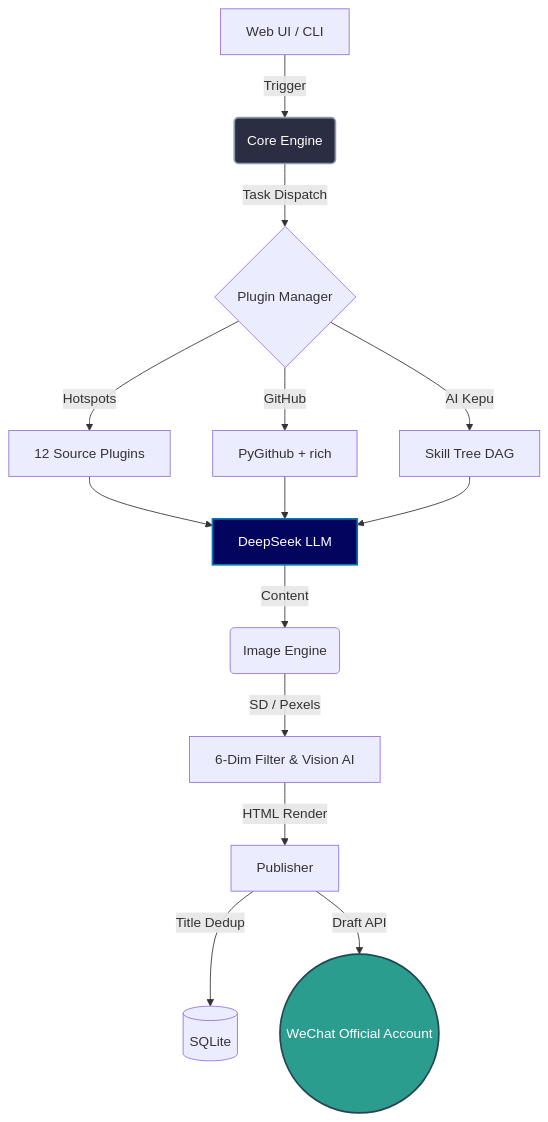
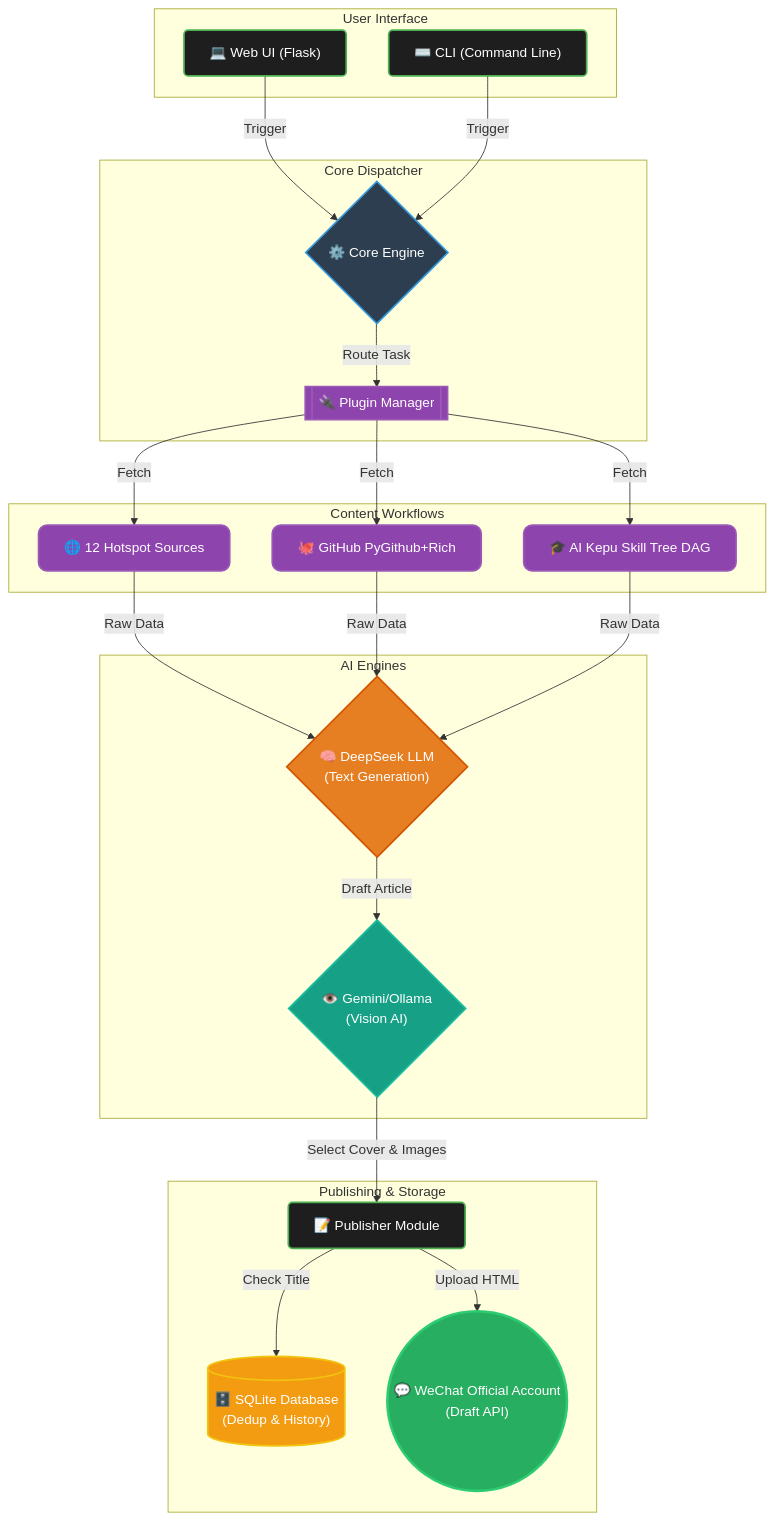
The first of 2 diagrams in README_EN.md (Chain813/wechat-automatic-publisher), drawn with Mermaid before and after one commit. The commit also changed other lines of this file and 1 other file, not shown here.

Commit message:
docs: enrich mermaid diagrams and add emojis to headings

````diff
--- a/README_EN.md
+++ b/README_EN.md
@@ -34,24 +34,53 @@
 ```mermaid
 graph TD
-    A[Web UI / CLI] -->|Trigger| B(Core Engine)
-    B -->|Task Dispatch| C{Plugin Manager}
+    classDef ui fill:#1E1E1E,stroke:#4CAF50,stroke-width:2px,color:#fff,rx:5px
+    classDef engine fill:#2C3E50,stroke:#3498DB,stroke-width:2px,color:#fff,rx:10px
+    classDef plugin fill:#8E44AD,stroke:#9B59B6,stroke-width:2px,color:#fff,rx:10px
+    classDef llm fill:#E67E22,stroke:#D35400,stroke-width:2px,color:#fff,rx:5px
+    classDef vision fill:#16A085,stroke:#1ABC9C,stroke-width:2px,color:#fff,rx:5px
+    classDef wechat fill:#27AE60,stroke:#2ECC71,stroke-width:3px,color:#fff,rx:15px
+    classDef db fill:#F39C12,stroke:#F1C40F,stroke-width:2px,color:#fff,rx:5px
+
+    subgraph User Interface
+        A1["💻 Web UI (Flask)"]:::ui
+        A2["⌨️ CLI (Command Line)"]:::ui
+    end
+
+    subgraph Core Dispatcher
+        B{"⚙️ Core Engine"}:::engine
+        C[["🔌 Plugin Manager"]]:::plugin
+    end
+
+    subgraph Content Workflows
+        D["🌐 12 Hotspot Sources"]:::plugin
+        E["🐙 GitHub PyGithub+Rich"]:::plugin
+        F["🎓 AI Kepu Skill Tree DAG"]:::plugin
+    end
+
+    subgraph AI Engines
+        G{"🧠 DeepSeek LLM\n(Text Generation)"}:::llm
+        H{"👁️ Gemini/Ollama\n(Vision AI)"}:::vision
+    end
+
+    subgraph Publishing & Storage
+        J["📝 Publisher Module"]:::ui
+        DB[("🗄️ SQLite Database\n(Dedup & History)")]:::db
+        K(("💬 WeChat Official Account\n(Draft API)")):::wechat
+    end
+
+    A1 -->|Trigger| B
+    A2 -->|Trigger| B
+    B -->|Route Task| C
+    C -->|Fetch| D
+    C -->|Fetch| E
+    C -->|Fetch| F
     
-    C -->|Hotspots| D[12 Source Plugins]
-    C -->|GitHub| E[PyGithub + rich]
-    C -->|AI Kepu| F[Skill Tree DAG]
+    D -->|Raw Data| G
+    E -->|Raw Data| G
+    F -->|Raw Data| G
     
-    D --> G[DeepSeek LLM]
-    E --> G
-    F --> G
-    
-    G -->|Content| H(Image Engine)
-    H -->|SD / Pexels| I[6-Dim Filter & Vision AI]
-    
-    I -->|HTML Render| J[Publisher]
-    J -->|Title Dedup| DB[(SQLite)]
-    J -->|Draft API| K((WeChat Official Account))
-    
-    style B fill:#2b2d42,stroke:#8d99ae,stroke-width:2px,color:#fff
-    style G fill:#03045e,stroke:#0077b6,stroke-width:2px,color:#fff
-    style K fill:#2a9d8f,stroke:#264653,stroke-width:2px,color:#fff
+    G -->|Draft Article| H
+    H -->|Select Cover & Images| J
+    J -->|Check Title| DB
+    J -->|Upload HTML| K
 ```
````
